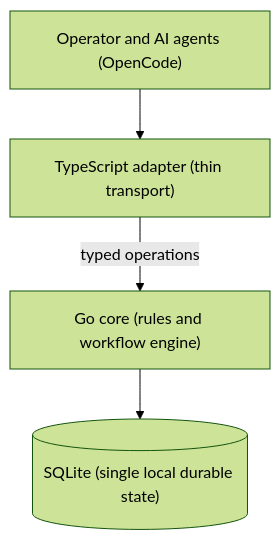
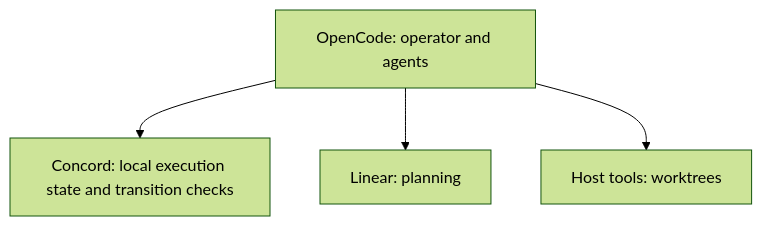
One commit to Sharper-Flow/concord changed the second of 2 diagrams in README.md. Above: the diagram before and after it, drawn with Mermaid (forest theme). The commit also changed other lines of this file, not shown here.

````diff
--- a/README.md
+++ b/README.md
@@ -105,7 +89,6 @@
 ```mermaid
 flowchart TD
-    Host["Operator and AI agents (OpenCode)"]
-    Host --> Adapter["TypeScript adapter (thin transport)"]
-    Adapter -->|typed operations| Core["Go core (rules and workflow engine)"]
-    Core --> Store[("SQLite (single local durable state)")]
+    Host["OpenCode: operator and agents"] --> Concord["Concord: local execution state and transition checks"]
+    Host --> Linear["Linear: planning"]
+    Host --> Tools["Host tools: worktrees"]
 ```
````
